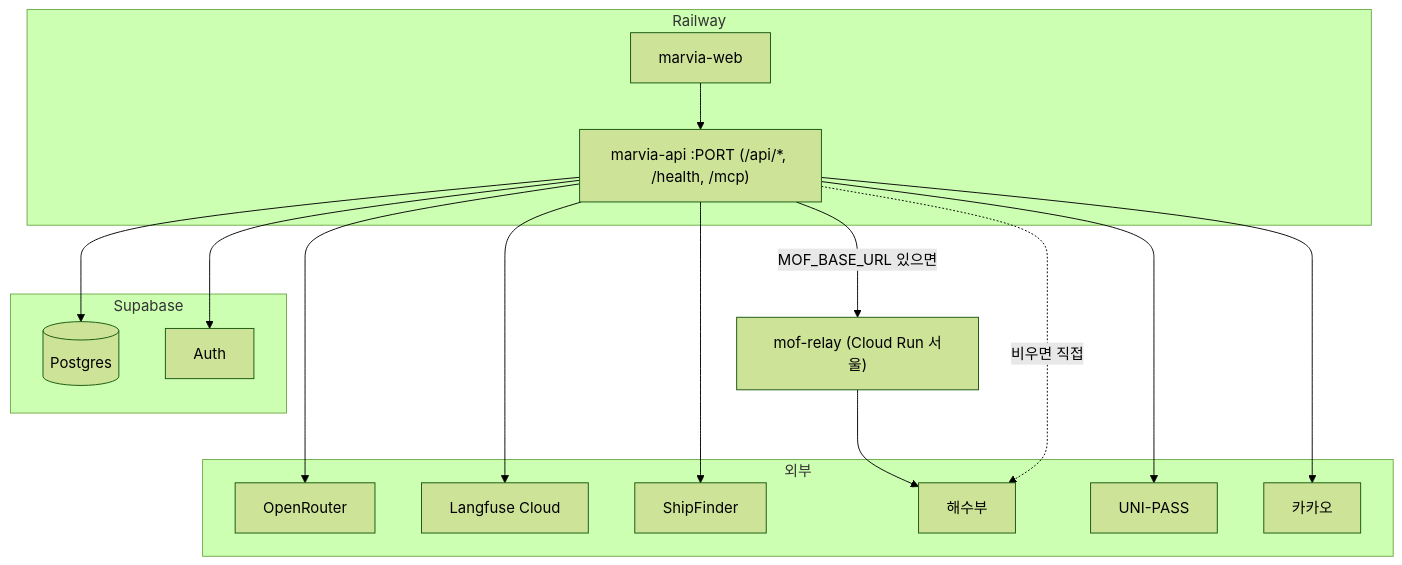
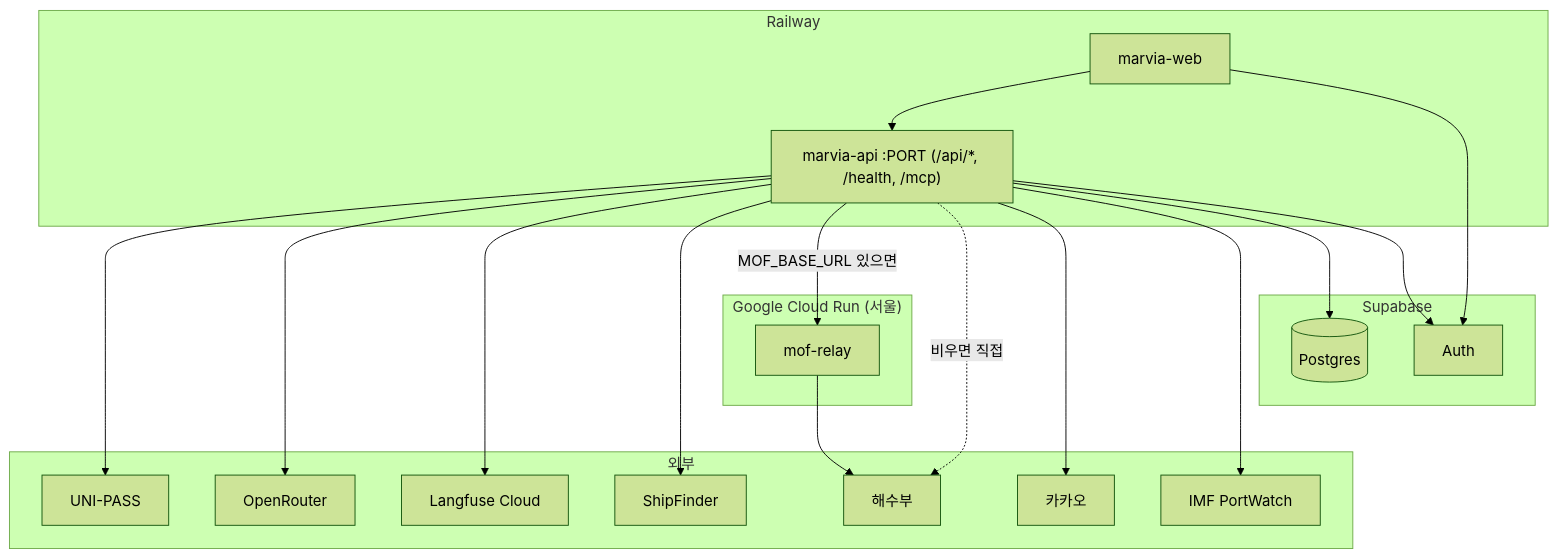
One commit to seungwook-kim/marvia changed the second of 4 diagrams in docs/Marvia_SDD.md. Above: the diagram before and after it, drawn with Mermaid (forest theme). The commit also changed other lines of this file and 1 other file, not shown here.

````diff
--- a/docs/Marvia_SDD.md
+++ b/docs/Marvia_SDD.md
@@ -202,30 +240,36 @@
 ```mermaid
 flowchart TB
   subgraph rw["Railway"]
     W["marvia-web"]
     A["marvia-api :PORT (/api/*, /health, /mcp)"]
+  end
+  subgraph gcp["Google Cloud Run (서울)"]
+    R["mof-relay"]
   end
   subgraph sb["Supabase"]
     DB[("Postgres")]
     AU["Auth"]
   end
   subgraph ext["외부"]
     OR["OpenRouter"]
     LF["Langfuse Cloud"]
     SF["ShipFinder"]
     MOF["해수부"]
     UP["UNI-PASS"]
     KK["카카오"]
+    PW["IMF PortWatch"]
   end
   W --> A
+  W --> AU
   A --> UP
   A --> OR
   A --> LF
   A --> SF
-  A -->|"MOF_BASE_URL 있으면"| R["mof-relay (Cloud Run 서울)"]
+  A -->|"MOF_BASE_URL 있으면"| R
   R --> MOF
   A -.->|"비우면 직접"| MOF
   A --> KK
+  A --> PW
   A --> DB
   A --> AU
 ```
````
